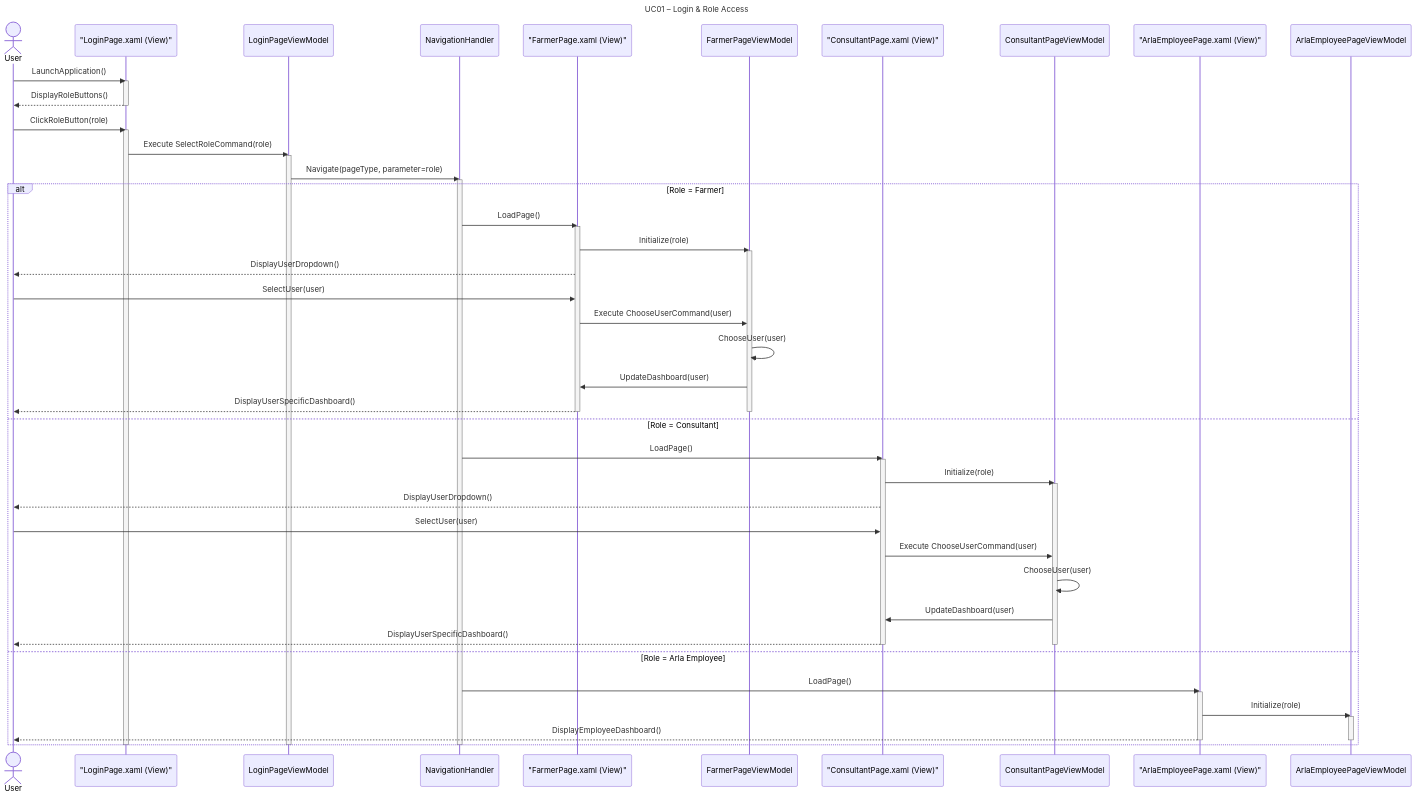
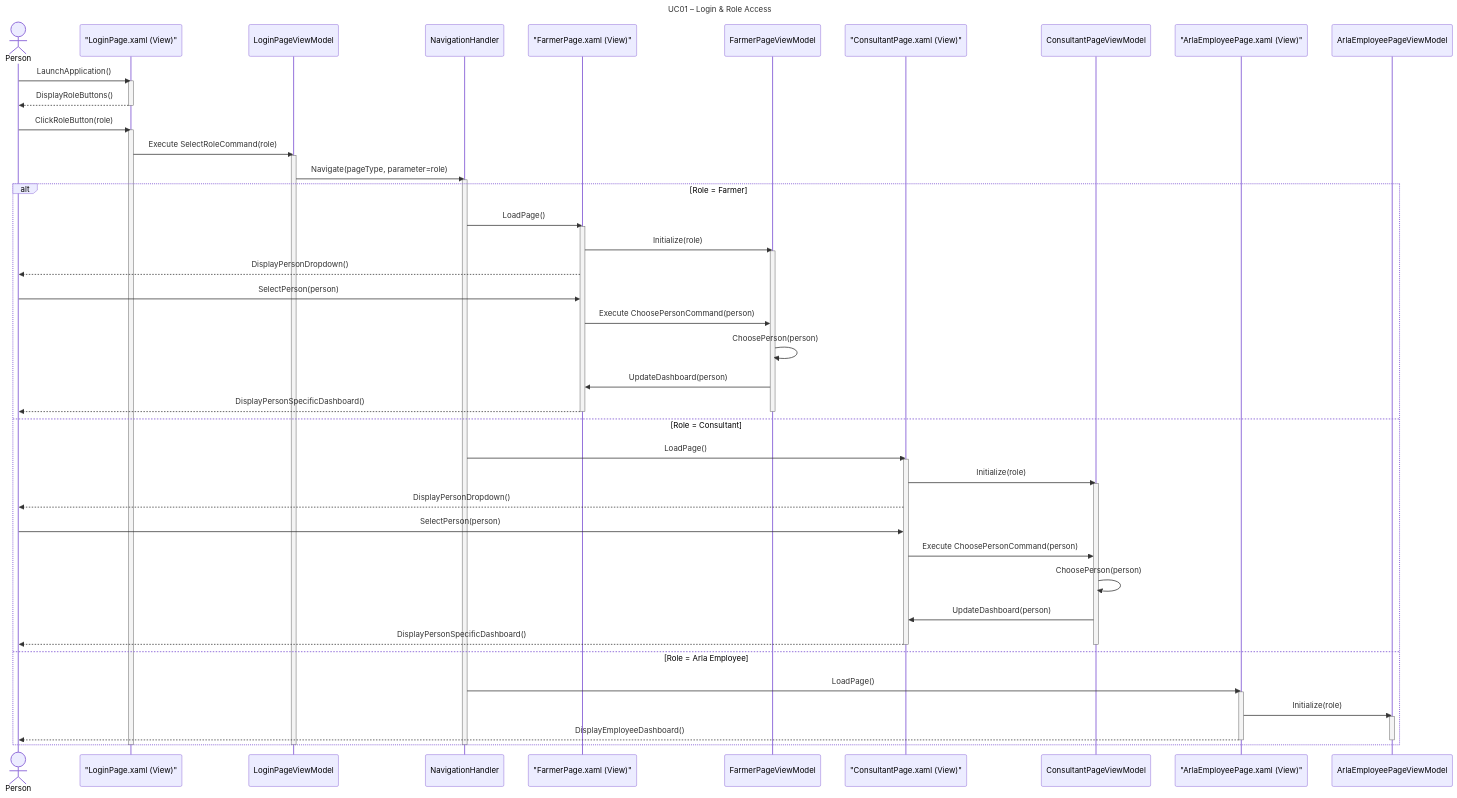
One commit to DMOoF25-TEAM11/ArlaNatureConnect changed the diagram in docs/UseCase001-LoginAndRoleaccess/UC001-SD.mmd. Above: the diagram before and after it, drawn with Mermaid. The commit also changed 3 other files, not shown here.

Commit message:
User = Person change

```diff
--- a/docs/UseCase001-LoginAndRoleaccess/UC001-SD.mmd
+++ b/docs/UseCase001-LoginAndRoleaccess/UC001-SD.mmd
@@ -1,67 +1,68 @@
 sequenceDiagram
     title UC01 – Login & Role Access
-    actor User
+
+    actor Person
     participant LoginPage as "LoginPage.xaml (View)"
     participant LoginPageViewModel
     participant NavigationHandler
     participant FarmerPage as "FarmerPage.xaml (View)"
     participant FarmerPageViewModel
     participant ConsultantPage as "ConsultantPage.xaml (View)"
     participant ConsultantPageViewModel
     participant ArlaEmployeePage as "ArlaEmployeePage.xaml (View)"
     participant ArlaEmployeePageViewModel
 
     %% Step 1: Launch
-    User ->> LoginPage: LaunchApplication()
+    Person ->> LoginPage: LaunchApplication()
     activate LoginPage
-    LoginPage -->> User: DisplayRoleButtons()
+    LoginPage -->> Person: DisplayRoleButtons()
     deactivate LoginPage
 
     %% Step 2: Role selection
-    User ->> LoginPage: ClickRoleButton(role)
+    Person ->> LoginPage: ClickRoleButton(role)
     activate LoginPage
     LoginPage ->> LoginPageViewModel: Execute SelectRoleCommand(role)
     activate LoginPageViewModel
     LoginPageViewModel ->> NavigationHandler: Navigate(pageType, parameter=role)
     activate NavigationHandler
 
     %% Step 3: Navigation based on role
     alt Role = Farmer
         NavigationHandler ->> FarmerPage: LoadPage()
         activate FarmerPage
         FarmerPage ->> FarmerPageViewModel: Initialize(role)
         activate FarmerPageViewModel
-        FarmerPage -->> User: DisplayUserDropdown()
-        User ->> FarmerPage: SelectUser(user)
-        FarmerPage ->> FarmerPageViewModel: Execute ChooseUserCommand(user)
-        FarmerPageViewModel ->> FarmerPageViewModel: ChooseUser(user)
-        FarmerPageViewModel ->> FarmerPage: UpdateDashboard(user)
-        FarmerPage -->> User: DisplayUserSpecificDashboard()
+        FarmerPage -->> Person: DisplayPersonDropdown()
+        Person ->> FarmerPage: SelectPerson(person)
+        FarmerPage ->> FarmerPageViewModel: Execute ChoosePersonCommand(person)
+        FarmerPageViewModel ->> FarmerPageViewModel: ChoosePerson(person)
+        FarmerPageViewModel ->> FarmerPage: UpdateDashboard(person)
+        FarmerPage -->> Person: DisplayPersonSpecificDashboard()
         deactivate FarmerPageViewModel
         deactivate FarmerPage
     else Role = Consultant
         NavigationHandler ->> ConsultantPage: LoadPage()
         activate ConsultantPage
         ConsultantPage ->> ConsultantPageViewModel: Initialize(role)
         activate ConsultantPageViewModel
-        ConsultantPage -->> User: DisplayUserDropdown()
-        User ->> ConsultantPage: SelectUser(user)
-        ConsultantPage ->> ConsultantPageViewModel: Execute ChooseUserCommand(user)
-        ConsultantPageViewModel ->> ConsultantPageViewModel: ChooseUser(user)
-        ConsultantPageViewModel ->> ConsultantPage: UpdateDashboard(user)
-        ConsultantPage -->> User: DisplayUserSpecificDashboard()
+        ConsultantPage -->> Person: DisplayPersonDropdown()
+        Person ->> ConsultantPage: SelectPerson(person)
+        ConsultantPage ->> ConsultantPageViewModel: Execute ChoosePersonCommand(person)
+        ConsultantPageViewModel ->> ConsultantPageViewModel: ChoosePerson(person)
+        ConsultantPageViewModel ->> ConsultantPage: UpdateDashboard(person)
+        ConsultantPage -->> Person: DisplayPersonSpecificDashboard()
         deactivate ConsultantPageViewModel
         deactivate ConsultantPage
     else Role = Arla Employee
         NavigationHandler ->> ArlaEmployeePage: LoadPage()
         activate ArlaEmployeePage
         ArlaEmployeePage ->> ArlaEmployeePageViewModel: Initialize(role)
         activate ArlaEmployeePageViewModel
-        ArlaEmployeePage -->> User: DisplayEmployeeDashboard()
+        ArlaEmployeePage -->> Person: DisplayEmployeeDashboard()
         deactivate ArlaEmployeePageViewModel
         deactivate ArlaEmployeePage
     end
 
     deactivate NavigationHandler
     deactivate LoginPageViewModel
     deactivate LoginPage
```
